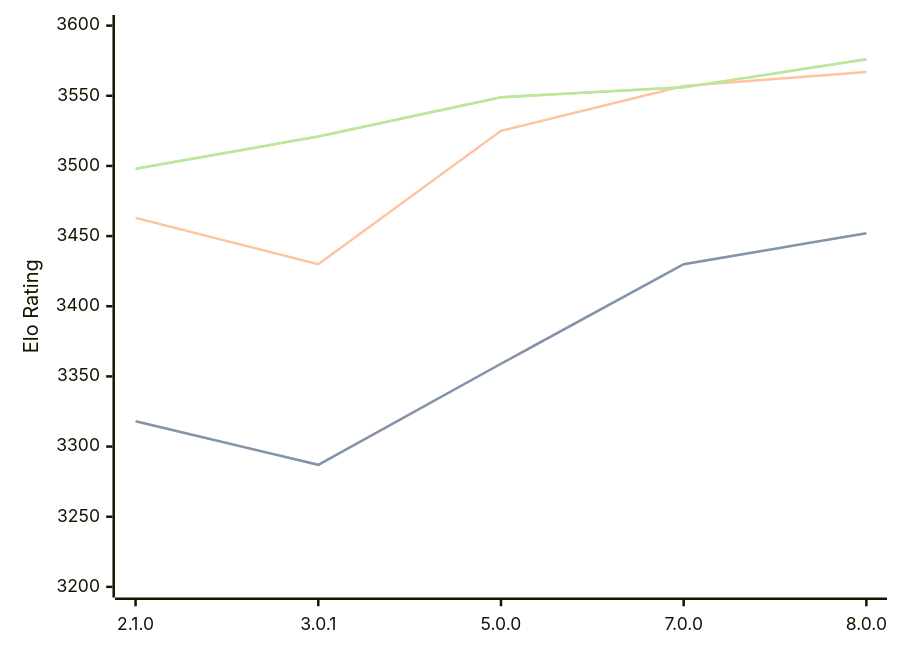
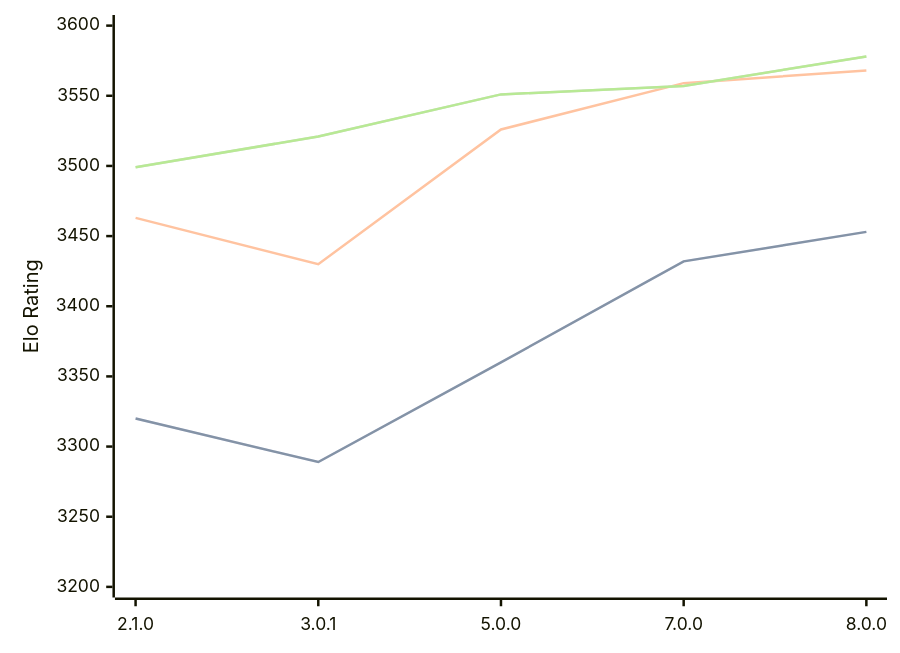
One commit to computer-chess-index/cci changed the diagram in engines/PlentyChess.md. Above: the diagram before and after it, drawn with Mermaid. The commit also changed other lines of this file, not shown here.

Commit message:
Update CCI Ratings (ELO VLTC) - 2026-08-19

````diff
--- a/engines/PlentyChess.md
+++ b/engines/PlentyChess.md
@@ -37,11 +37,11 @@
 ```mermaid
 %%{init: {"theme":"base","themeVariables":{"seriesColors:['#a3a3a3','#222221','#faa371']}}}%%
 xychart-beta
   x-axis ["2.1.0", "3.0.1", "5.0.0", "7.0.0", "8.0.0"]
   y-axis "Elo Rating" 3200 --> 3600
-  line "STC (8.0+0.08s)" [3318, 3287, 3359, 3430, 3452]
-  line "STC (8.0+0.08s)" [3318, 3287, 3359, 3430, 3452]
-  line "LTC (60.0+0.60s)" [3463, 3430, 3525, 3557, 3567]
-  line "VLTC (2m24s+1.12s)" [3498, 3521, 3549, 3556, 3576]
-  line "VLTC (2m24s+1.12s)" [3498, 3521, 3549, 3556, 3576]
+  line "STC (8.0+0.08s)" [3320, 3289, 3360, 3432, 3453]
+  line "STC (8.0+0.08s)" [3320, 3289, 3360, 3432, 3453]
+  line "LTC (60.0+0.60s)" [3463, 3430, 3526, 3559, 3568]
+  line "VLTC (2m24s+1.12s)" [3499, 3521, 3551, 3557, 3578]
+  line "VLTC (2m24s+1.12s)" [3499, 3521, 3551, 3557, 3578]
 ```
````
